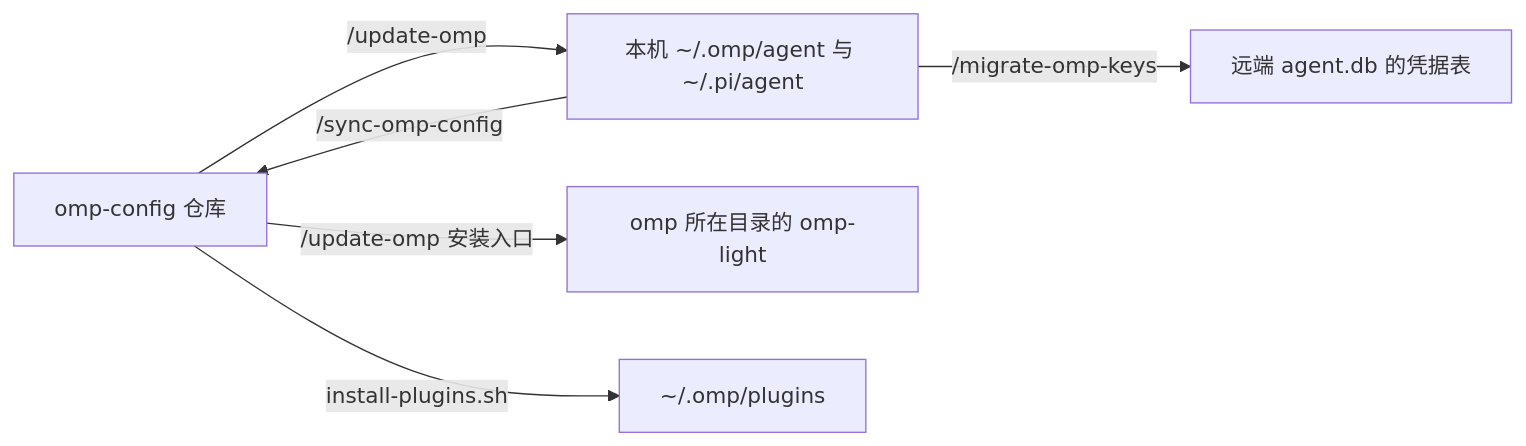
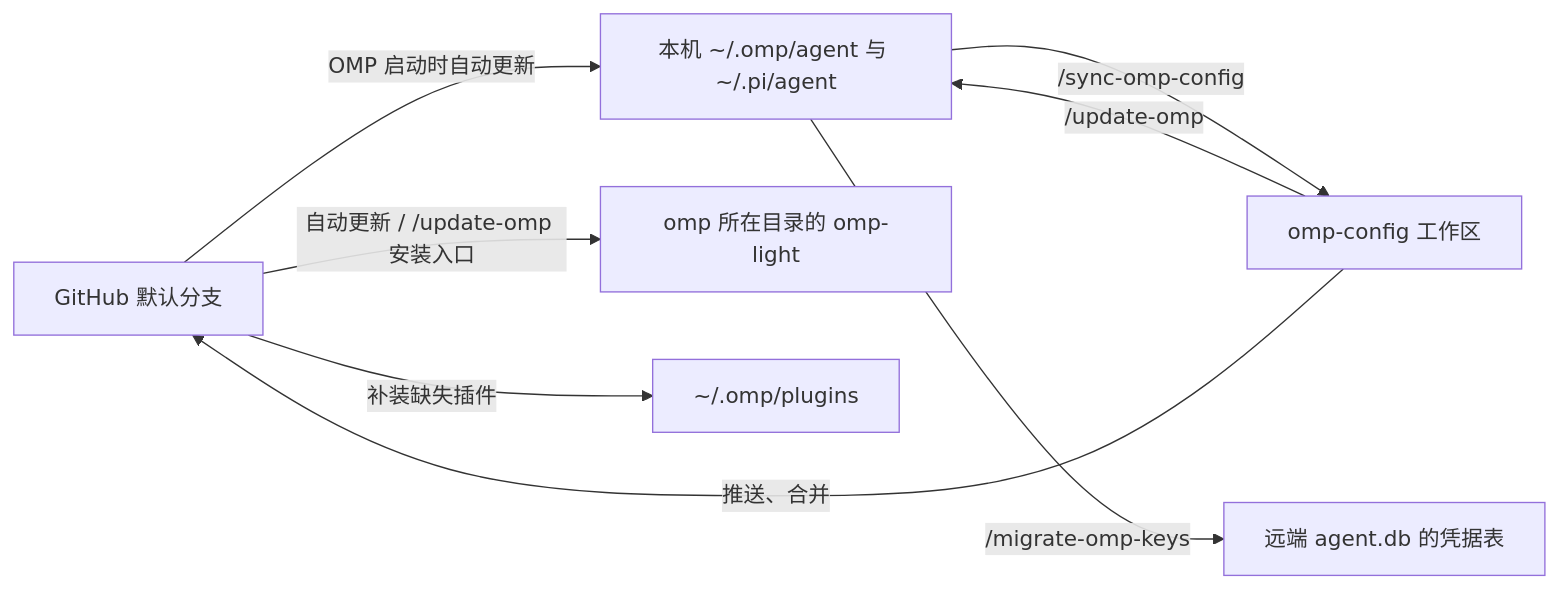
One commit to mouriya-s-lab/omp-config changed the diagram in README.md. Above: the diagram before and after it, drawn with Mermaid. The commit also changed other lines of this file and 5 other files, not shown here.

````diff
--- a/README.md
+++ b/README.md
@@ -101,8 +102,10 @@
 ```mermaid
 flowchart LR
-  repo["omp-config 仓库"] -->|"/update-omp"| local["本机 ~/.omp/agent 与 ~/.pi/agent"]
+  gh["GitHub 默认分支"] -->|"OMP 启动时自动更新"| local["本机 ~/.omp/agent 与 ~/.pi/agent"]
+  repo["omp-config 工作区"] -->|"/update-omp"| local
   local -->|"/sync-omp-config"| repo
-  repo -->|"/update-omp 安装入口"| light["omp 所在目录的 omp-light"]
-  repo -->|"install-plugins.sh"| plugins["~/.omp/plugins"]
+  repo -->|"推送、合并"| gh
+  gh -->|"自动更新 / /update-omp 安装入口"| light["omp 所在目录的 omp-light"]
+  gh -->|"补装缺失插件"| plugins["~/.omp/plugins"]
   local -->|"/migrate-omp-keys"| remote["远端 agent.db 的凭据表"]
 ```
````
